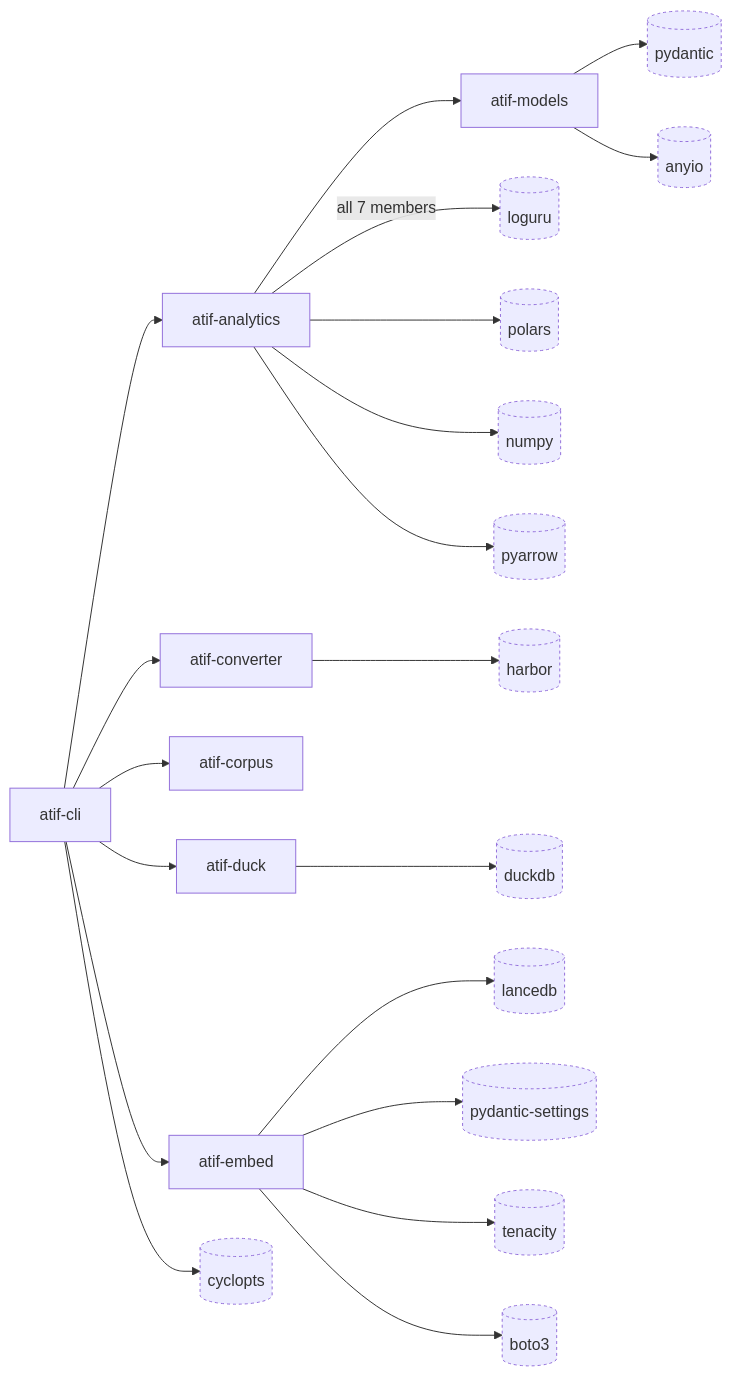
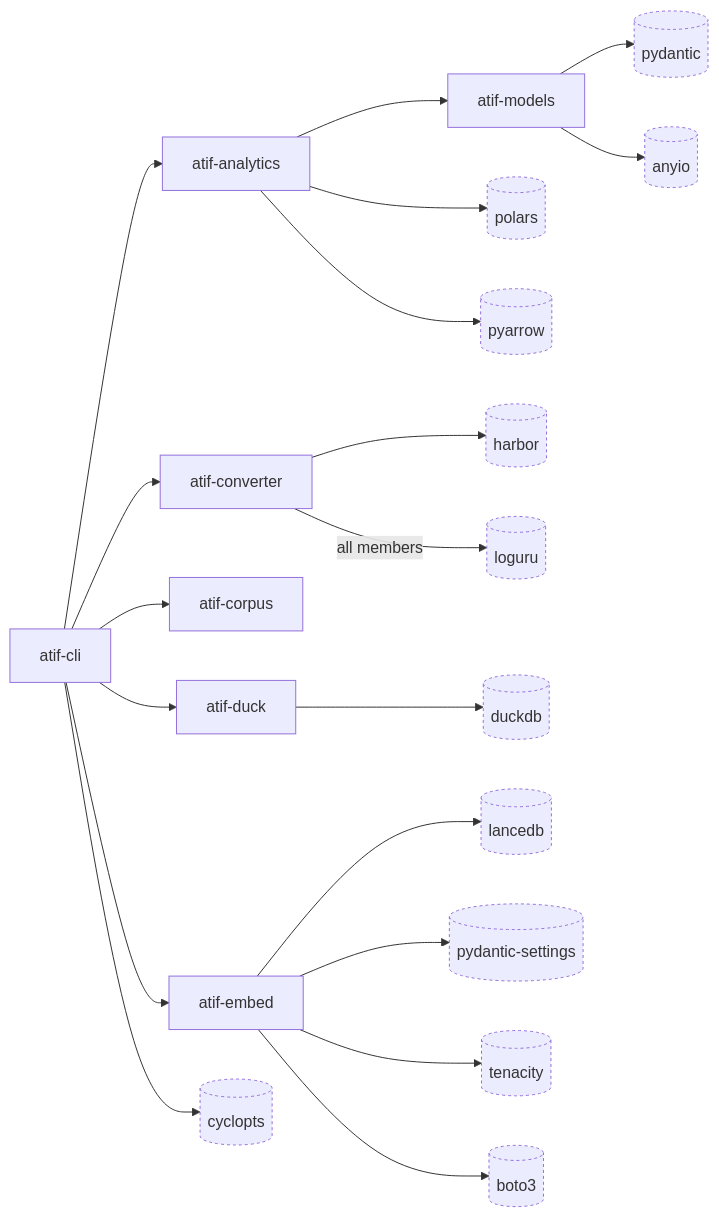
The diagram in docs/diagrams/structural/dependency-graph.md (laithalsaadoon/atif-sql), drawn with Mermaid before and after one commit. The commit also changed other lines of this file and 96 other files, not shown here.

````diff
--- a/docs/diagrams/structural/dependency-graph.md
+++ b/docs/diagrams/structural/dependency-graph.md
@@ -16,47 +16,45 @@
 ```mermaid
 flowchart LR
     cli[atif-cli]
     analytics[atif-analytics]
     converter[atif-converter]
     corpus[atif-corpus]
     duck[atif-duck]
     embed[atif-embed]
     models[atif-models]
 
     loguru[(loguru)]:::external
     polars[(polars)]:::external
     pydantic[(pydantic)]:::external
-    numpy[(numpy)]:::external
     duckdb[(duckdb)]:::external
     pydsettings[(pydantic-settings)]:::external
     tenacity[(tenacity)]:::external
     pyarrow[(pyarrow)]:::external
     lancedb[(lancedb)]:::external
     anyio[(anyio)]:::external
     cyclopts[(cyclopts)]:::external
     boto3[(boto3)]:::external
     harbor[(harbor)]:::external
 
     cli --> analytics
     cli --> converter
     cli --> corpus
     cli --> duck
     cli --> embed
     analytics --> models
 
     cli --> cyclopts
     converter --> harbor
     duck --> duckdb
-    analytics -->|all 7 members| loguru
+    converter -->|all members| loguru
     analytics --> polars
-    analytics --> numpy
     analytics --> pyarrow
     embed --> lancedb
     embed --> pydsettings
     embed --> tenacity
     embed --> boto3
     models --> pydantic
     models --> anyio
 
     classDef external stroke-dasharray: 3 3
 ```
````
